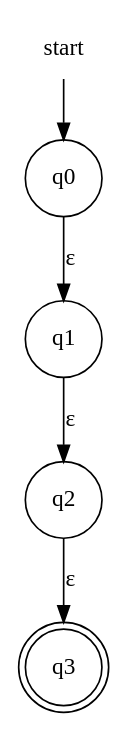
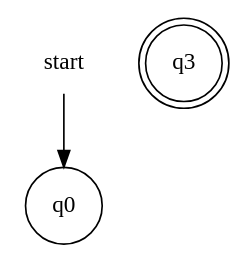
Before and after one commit to evertheylen/TA_TO: the diagram in Helix/testbestanden/Re-eNFA/Expectedfile3.dot, drawn with Graphviz.

```diff
--- a/Helix/testbestanden/Re-eNFA/Expectedfile3.dot
+++ b/Helix/testbestanden/Re-eNFA/Expectedfile3.dot
@@ -1,9 +1,6 @@
 digraph automaton {
     node [shape=none]; start;
     node [shape=doublecircle]; "q3";
     node [shape=circle];
     start -> "q0";
-    "q0" -> "q1" [label="&epsilon;"];
-    "q1" -> "q2" [label="&epsilon;"];
-    "q2" -> "q3" [label="&epsilon;"];
 }
```
